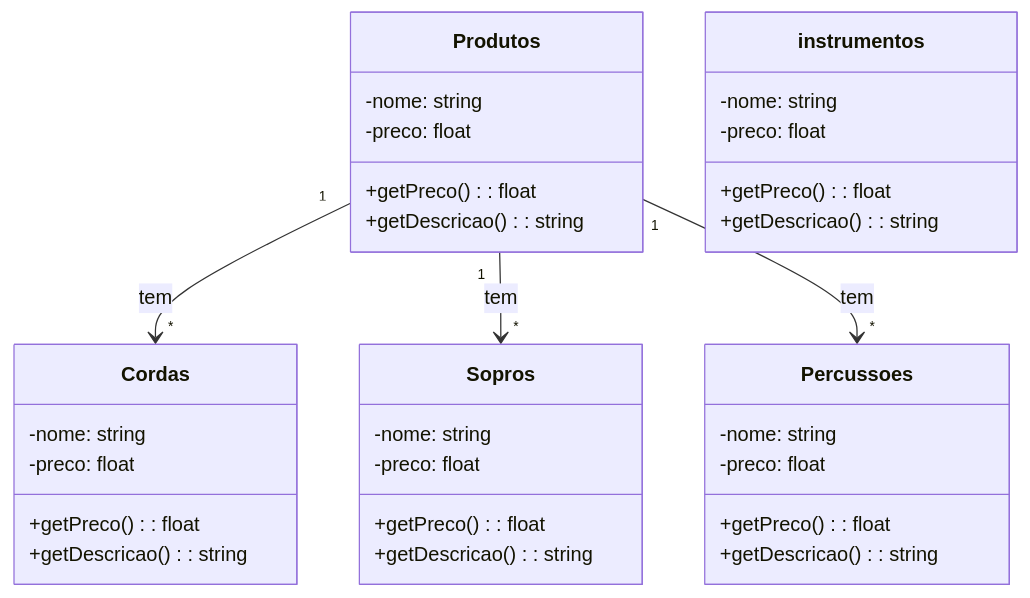
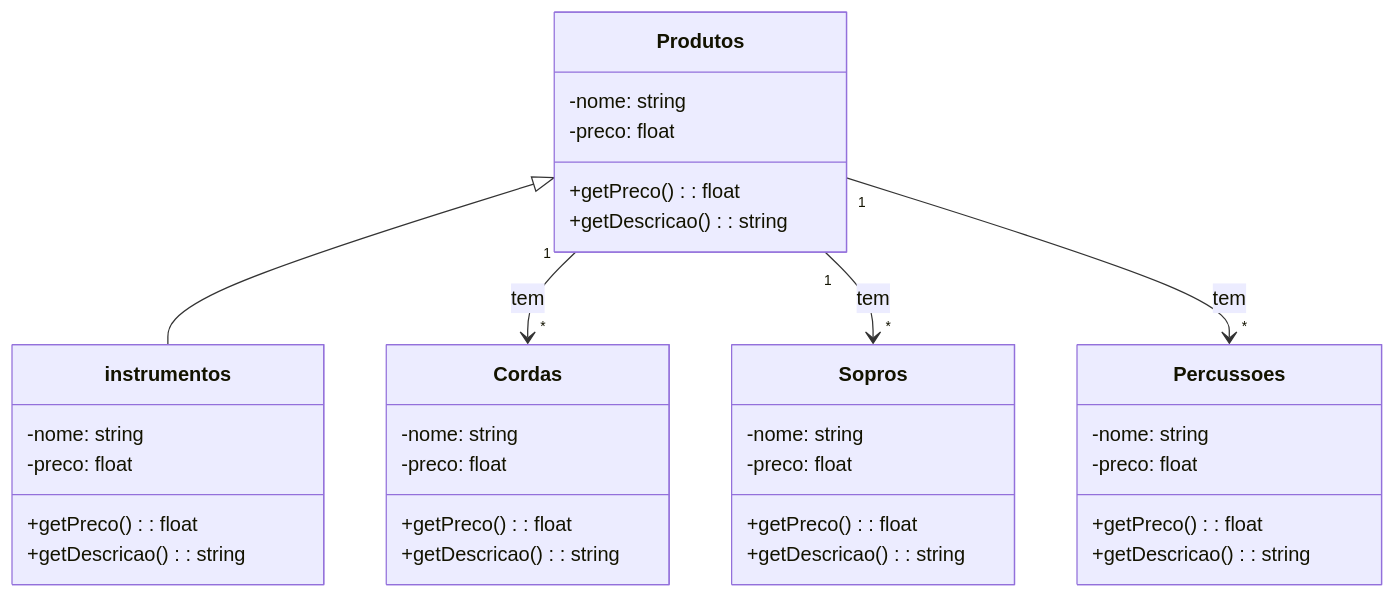
The diagram in README.md (LucasGabrielPaes/teste), drawn with Mermaid before and after one commit.

````diff
--- a/README.md
+++ b/README.md
@@ -1,42 +1,42 @@
 ```mermaid
 classDiagram
   class Produtos {
      -nome: string
     -preco: float
     +getPreco(): float
     +getDescricao(): string
   }
 
 class instrumentos {
    -nome: string
     -preco: float
     +getPreco(): float
     +getDescricao(): string
 }
 
 
   class Cordas {
    -nome: string
     -preco: float
     +getPreco(): float
     +getDescricao(): string
 }
 
  class Sopros {
    -nome: string
     -preco: float
     +getPreco(): float
     +getDescricao(): string
 }
 
  class Percussoes {
    -nome: string
     -preco: float
     +getPreco(): float
     +getDescricao(): string
 }
-
+Produtos  <|-- instrumentos
 Produtos "1" --> "*" Cordas : tem
 Produtos "1" --> "*" Sopros : tem
 Produtos "1" --> "*" Percussoes : tem
 ```
````
